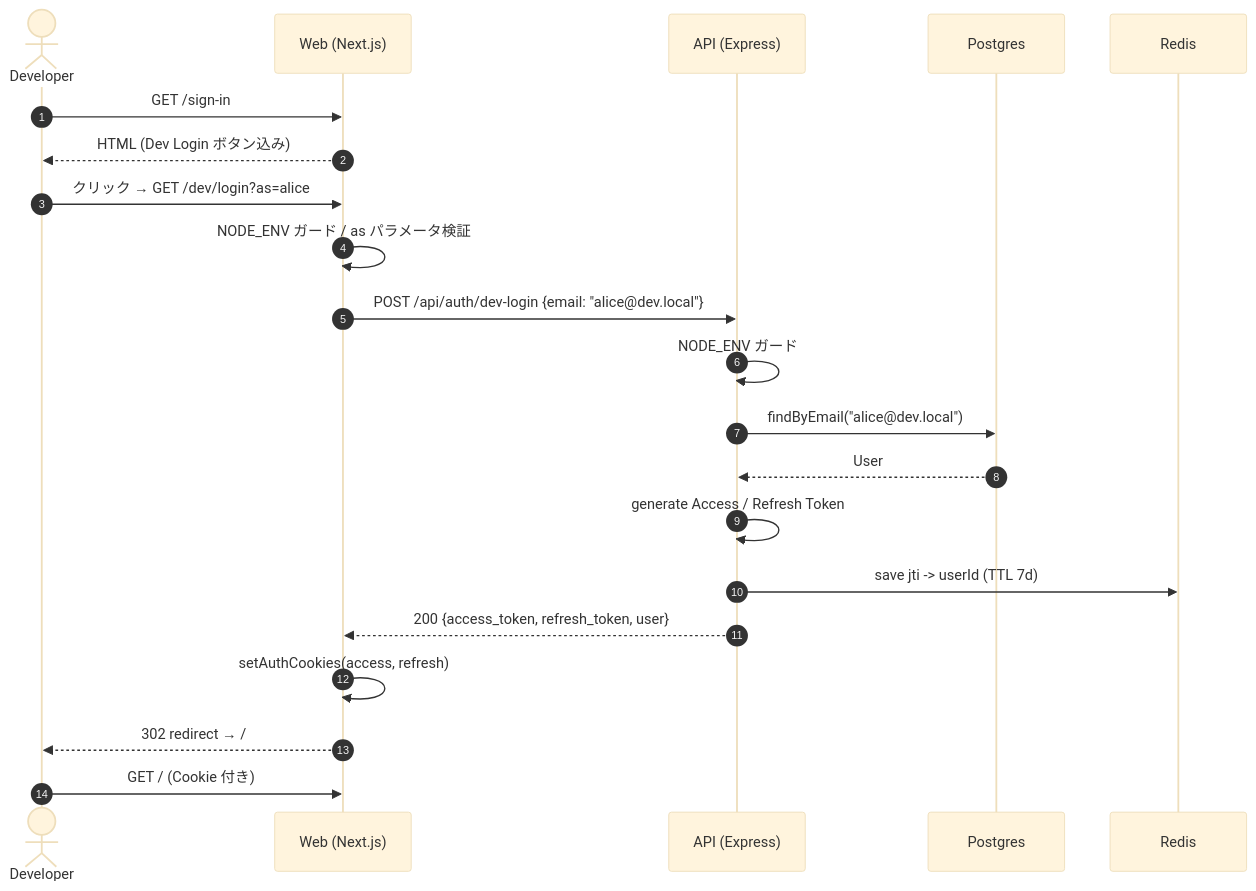
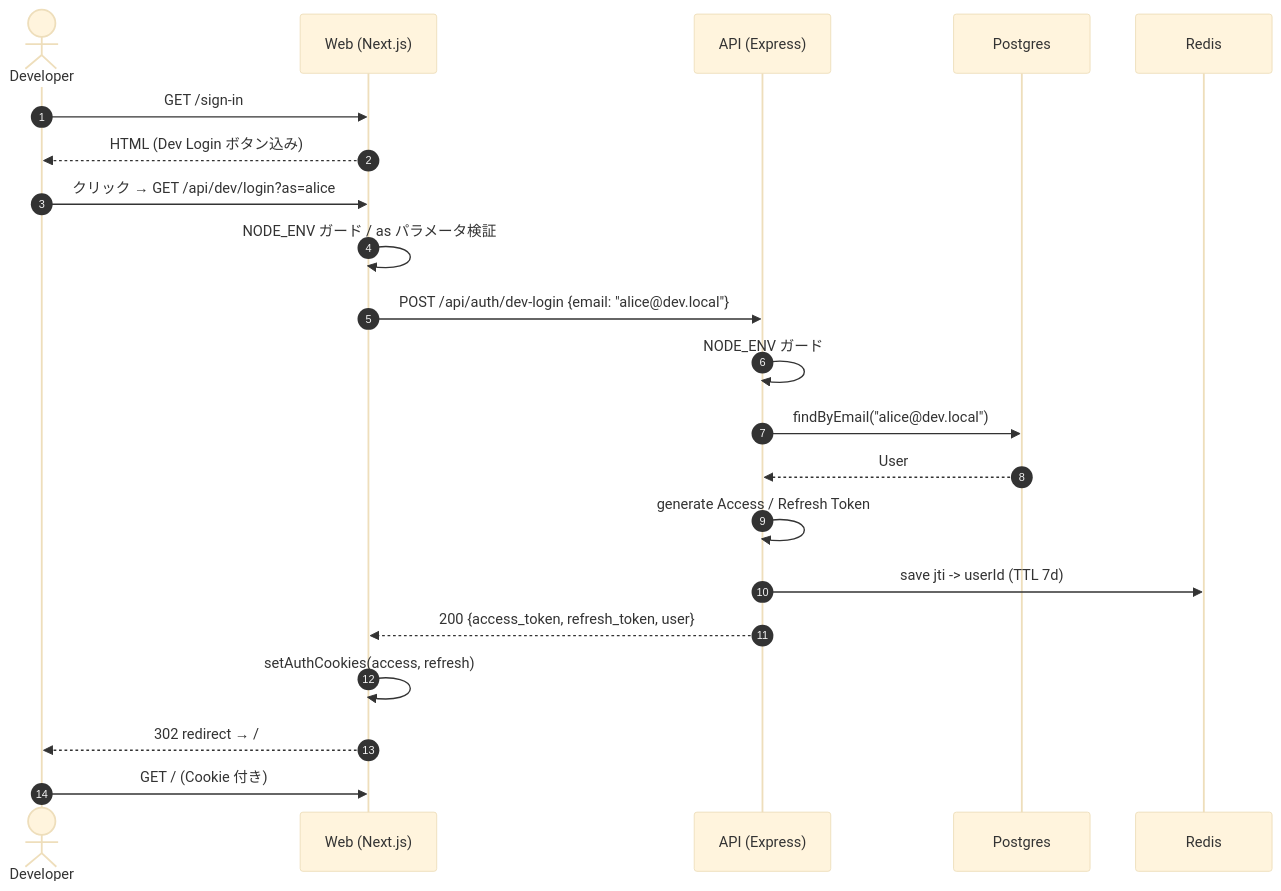
The second of 2 diagrams in docs/spec/dev-login/README.md (kentakki416/project-template), drawn with Mermaid (base theme) before and after one commit. The commit also changed other lines of this file and 21 other files, not shown here.

````diff
--- a/docs/spec/dev-login/README.md
+++ b/docs/spec/dev-login/README.md
@@ -82,24 +82,24 @@
 ```mermaid
 sequenceDiagram
     autonumber
     actor U as Developer
     participant W as Web (Next.js)
     participant API as API (Express)
     participant DB as Postgres
     participant R as Redis
 
     U->>W: GET /sign-in
     W-->>U: HTML (Dev Login ボタン込み)
-    U->>W: クリック → GET /dev/login?as=alice
+    U->>W: クリック → GET /api/dev/login?as=alice
     W->>W: NODE_ENV ガード / as パラメータ検証
     W->>API: POST /api/auth/dev-login {email: "alice@dev.local"}
     API->>API: NODE_ENV ガード
     API->>DB: findByEmail("alice@dev.local")
     DB-->>API: User
     API->>API: generate Access / Refresh Token
     API->>R: save jti -> userId (TTL 7d)
     API-->>W: 200 {access_token, refresh_token, user}
     W->>W: setAuthCookies(access, refresh)
     W-->>U: 302 redirect → /
     U->>W: GET / (Cookie 付き)
 ```
````
